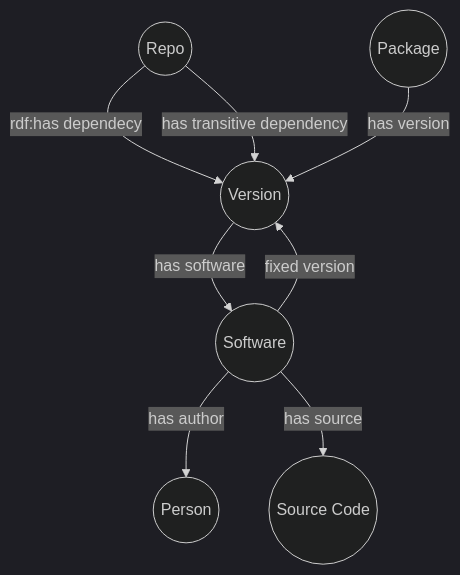
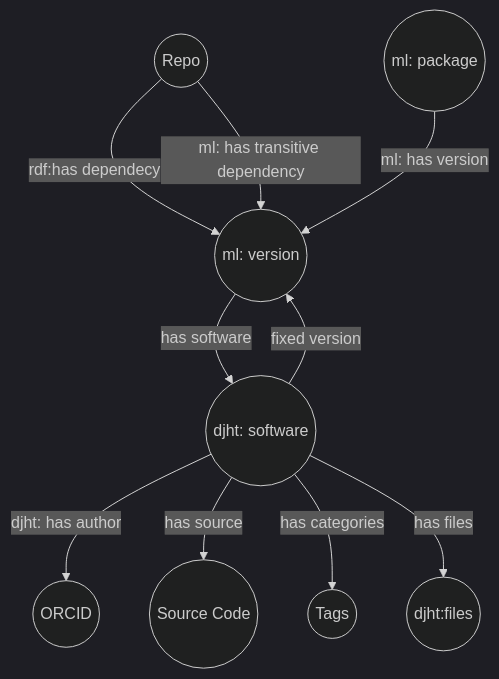
Before and after one commit to 4TUResearchData/soss: the diagram in README.md, drawn with Mermaid (dark theme). The commit also changed other lines of this file, not shown here.

Commit message:
add mermaid data model

````diff
--- a/README.md
+++ b/README.md
@@ -46,10 +56,12 @@
 ```mermaid
 graph TD
-   A((Repo)) -->|rdf:has dependecy| B((Version))
-   A((Repo)) -->|has transitive dependency| B
-   C((Package)) -->|has version| B
-   B -->|has software| D((Software))
+   A((Repo)) -->|rdf:has dependecy| B((ml: version))
+   A((Repo)) -->|ml: has transitive dependency| B
+   C((ml: package)) -->|ml: has version| B
+   B -->|has software| D((djht: software))
    D -->|fixed version| B
-   D --> |has author| E((Person))
+   D --> |djht: has author| E((ORCID))
    D --> |has source| F((Source Code))
+   D --> |has categories| G((Tags))
+   D --> |has files| H((djht:files))
 ```
````
